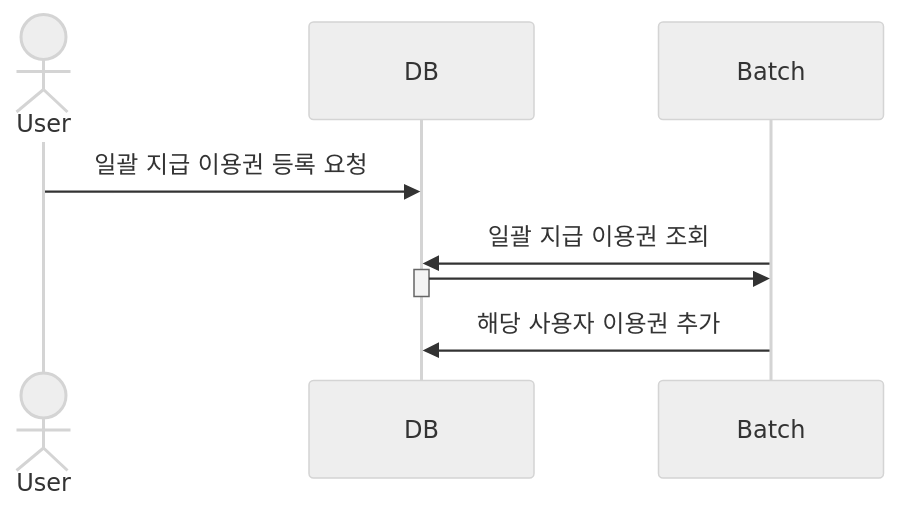
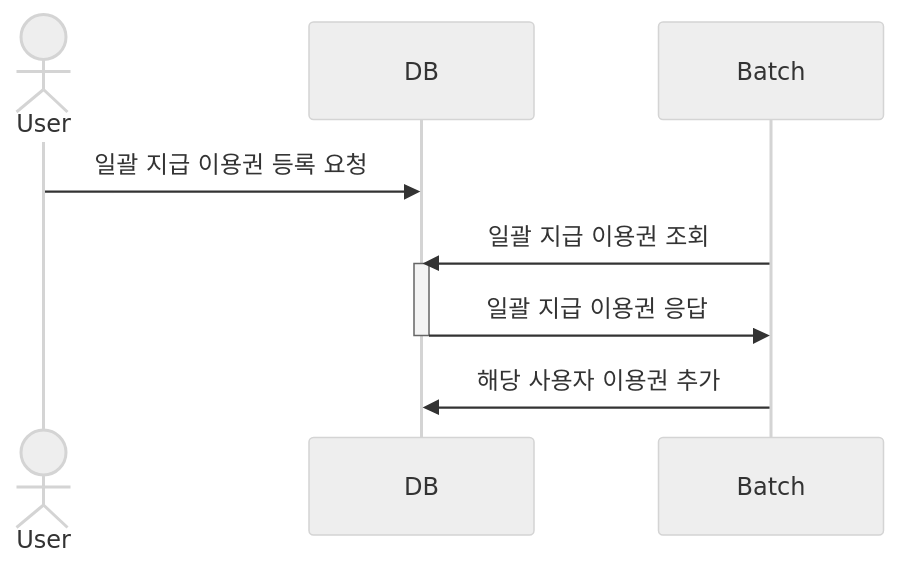
The second of 4 diagrams in README.md (kjs92980/pass-batch), drawn with Mermaid (neutral theme) before and after one commit. The commit also changed other lines of this file, not shown here.

````diff
--- a/README.md
+++ b/README.md
@@ -18,13 +18,13 @@
 ```mermaid
 sequenceDiagram
     actor User
     participant DB
     participant Batch
     User->>DB: 일괄 지급 이용권 등록 요청
 
     Batch->>DB: 일괄 지급 이용권 조회
     activate DB
-    DB->>Batch:
+    DB->>Batch: 일괄 지급 이용권 응답
     deactivate DB
     Batch->>DB: 해당 사용자 이용권 추가
 ```
````
